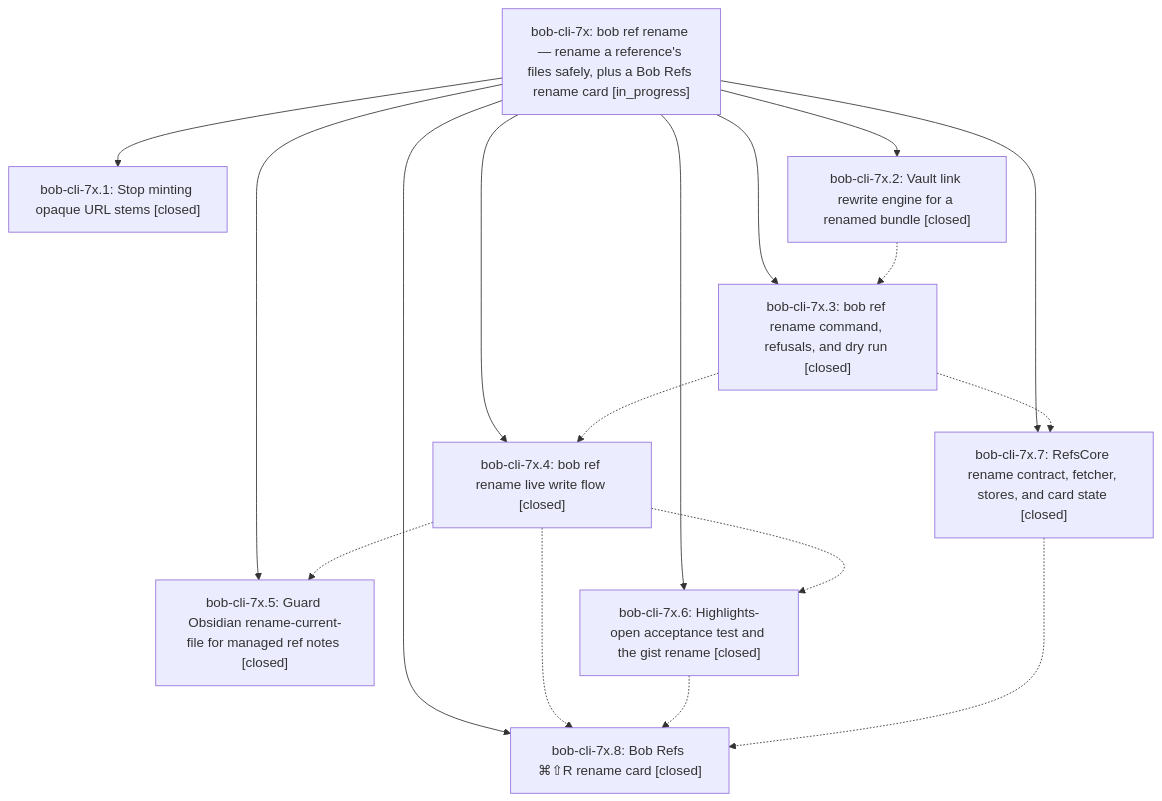
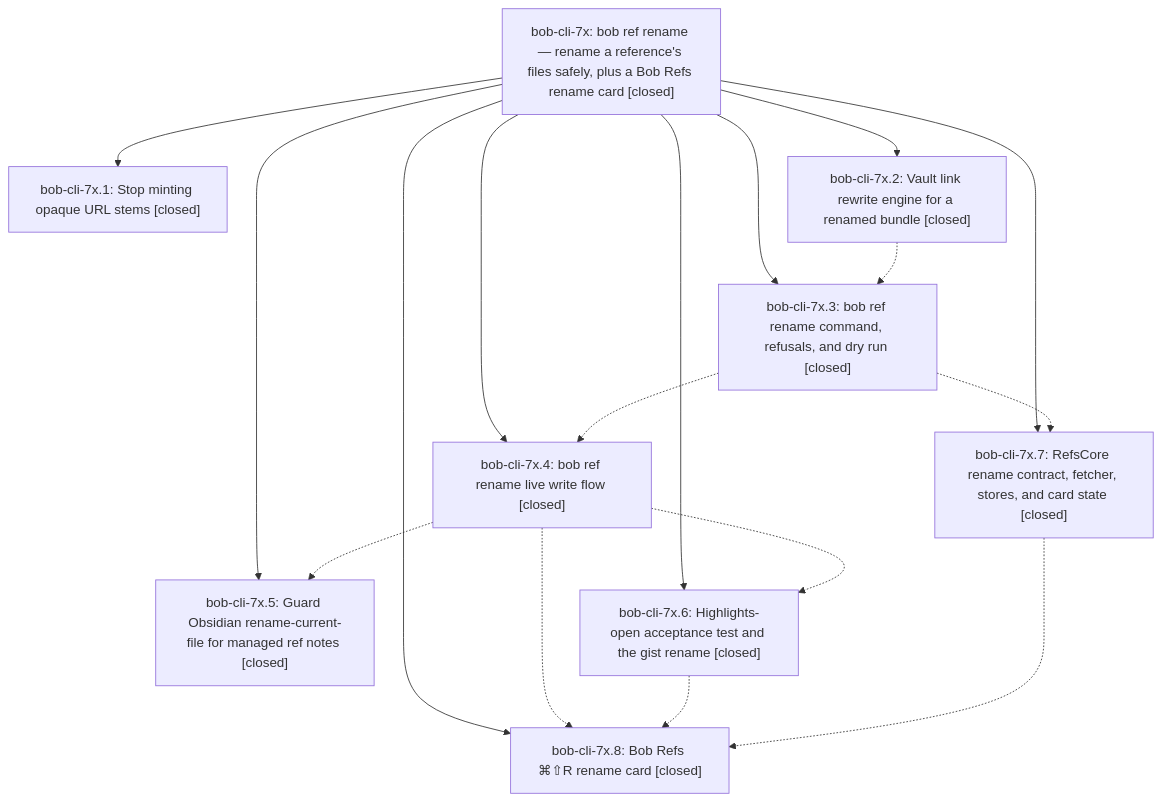
One commit to bobs-org/bob-cli--beads changed the diagram in pages/bob-cli-7x/README.md. Above: the diagram before and after it, drawn with Mermaid. The commit also changed other lines of this file and 2 other files, not shown here.

First line of the commit message:
chore(beads): sync bead state and pages for bob-cli-7x

````diff
--- a/pages/bob-cli-7x/README.md
+++ b/pages/bob-cli-7x/README.md
@@ -43,28 +51,28 @@
 ```mermaid
 flowchart TD
-    n0["bob-cli-7x: bob ref rename — rename a reference's files safely, plus a Bob Refs rename card [in_progress]"]
+    n0["bob-cli-7x: bob ref rename — rename a reference's files safely, plus a Bob Refs rename card [closed]"]
     n1["bob-cli-7x.1: Stop minting opaque URL stems [closed]"]
     n2["bob-cli-7x.2: Vault link rewrite engine for a renamed bundle [closed]"]
     n3["bob-cli-7x.3: bob ref rename command, refusals, and dry run [closed]"]
     n4["bob-cli-7x.4: bob ref rename live write flow [closed]"]
     n5["bob-cli-7x.5: Guard Obsidian rename-current-file for managed ref notes [closed]"]
     n6["bob-cli-7x.6: Highlights-open acceptance test and the gist rename [closed]"]
     n7["bob-cli-7x.7: RefsCore rename contract, fetcher, stores, and card state [closed]"]
     n8["bob-cli-7x.8: Bob Refs ⌘⇧R rename card [closed]"]
     n0 --> n1
     n0 --> n2
     n0 --> n3
     n0 --> n4
     n0 --> n5
     n0 --> n6
     n0 --> n7
     n0 --> n8
     n2 -.-> n3
     n3 -.-> n4
     n3 -.-> n7
     n4 -.-> n5
     n4 -.-> n6
     n4 -.-> n8
     n6 -.-> n8
     n7 -.-> n8
 ```
````
